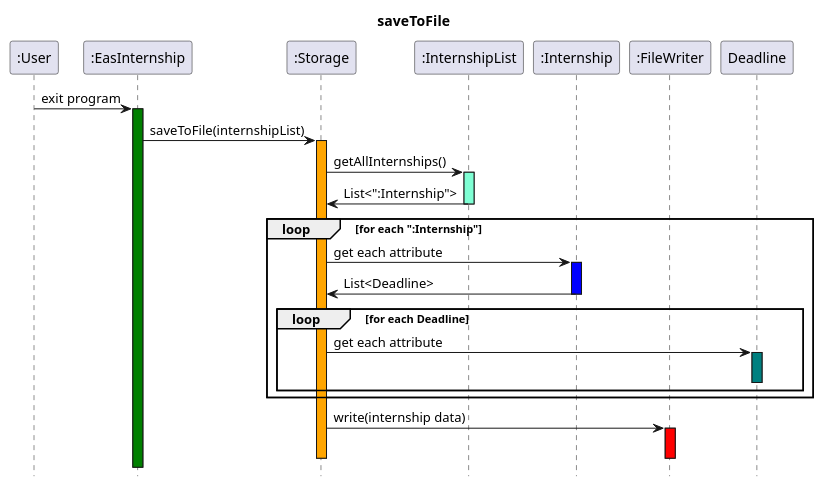
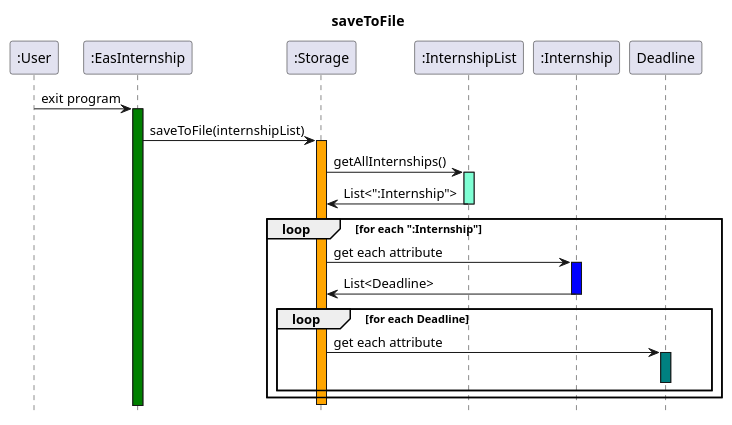
Before and after one commit to nus-cs2113-AY2425S1/tp: the diagram in docs/UML/saveToFile.puml, drawn with PlantUML. The commit also changed 2 other files, not shown here.

```diff
--- a/docs/UML/saveToFile.puml
+++ b/docs/UML/saveToFile.puml
@@ -1,36 +1,32 @@
 @startuml
 Title saveToFile
 hide footbox
 participant ":User"
 participant ":EasInternship"
 participant ":Storage"
 participant ":InternshipList"
 participant ":Internship"
-participant ":FileWriter"
 
 ":User" -> ":EasInternship": exit program
 activate ":EasInternship" #green
 ":EasInternship" -> ":Storage" : saveToFile(internshipList)
 activate ":Storage" #orange
 ":Storage" -> ":InternshipList" : getAllInternships()
 activate ":InternshipList" #aquamarine
 ":InternshipList" -> ":Storage" : List<":Internship">
 deactivate ":InternshipList"
 
 loop for each ":Internship"
 ":Storage"-> ":Internship" : get each attribute
 activate ":Internship" #blue
 ":Internship" -> ":Storage" : List<Deadline>
 deactivate ":Internship"
     loop for each Deadline
         ":Storage" -> Deadline : get each attribute
         activate Deadline  #teal
         deactivate Deadline
     end
 end
 
-":Storage" -> ":FileWriter" : write(internship data)
-activate ":FileWriter" #red
-deactivate ":FileWriter"
 deactivate ":Storage"
 @enduml
```
